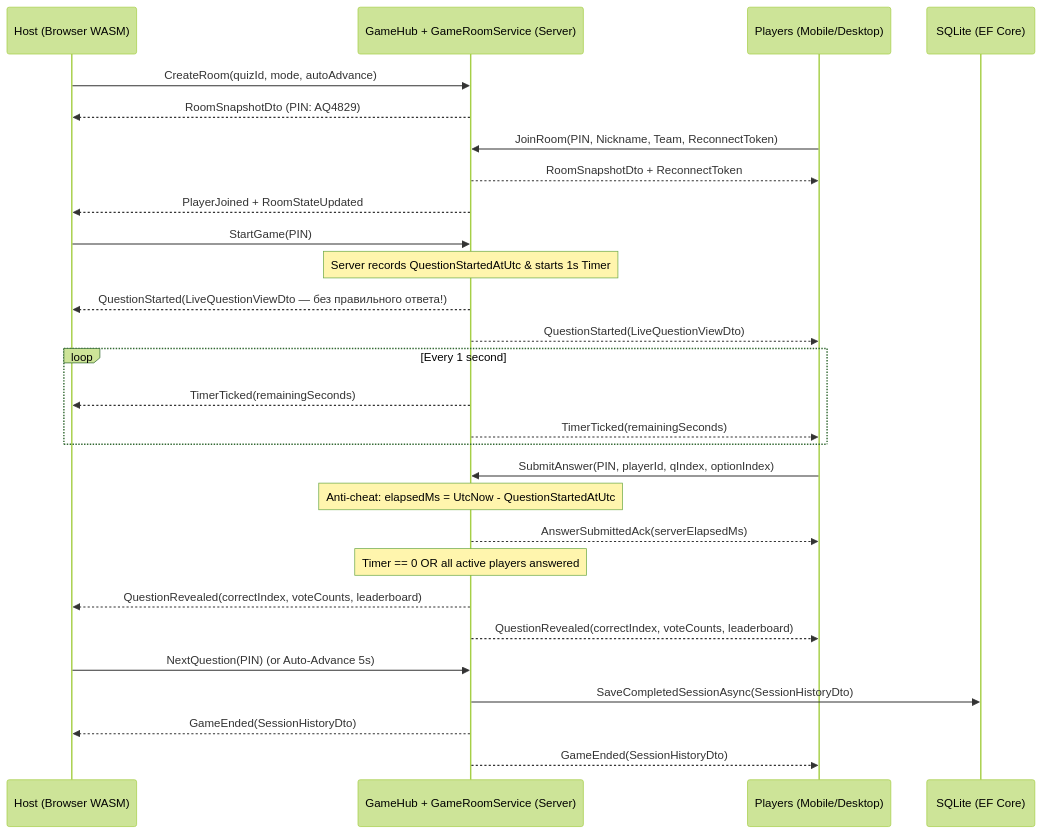
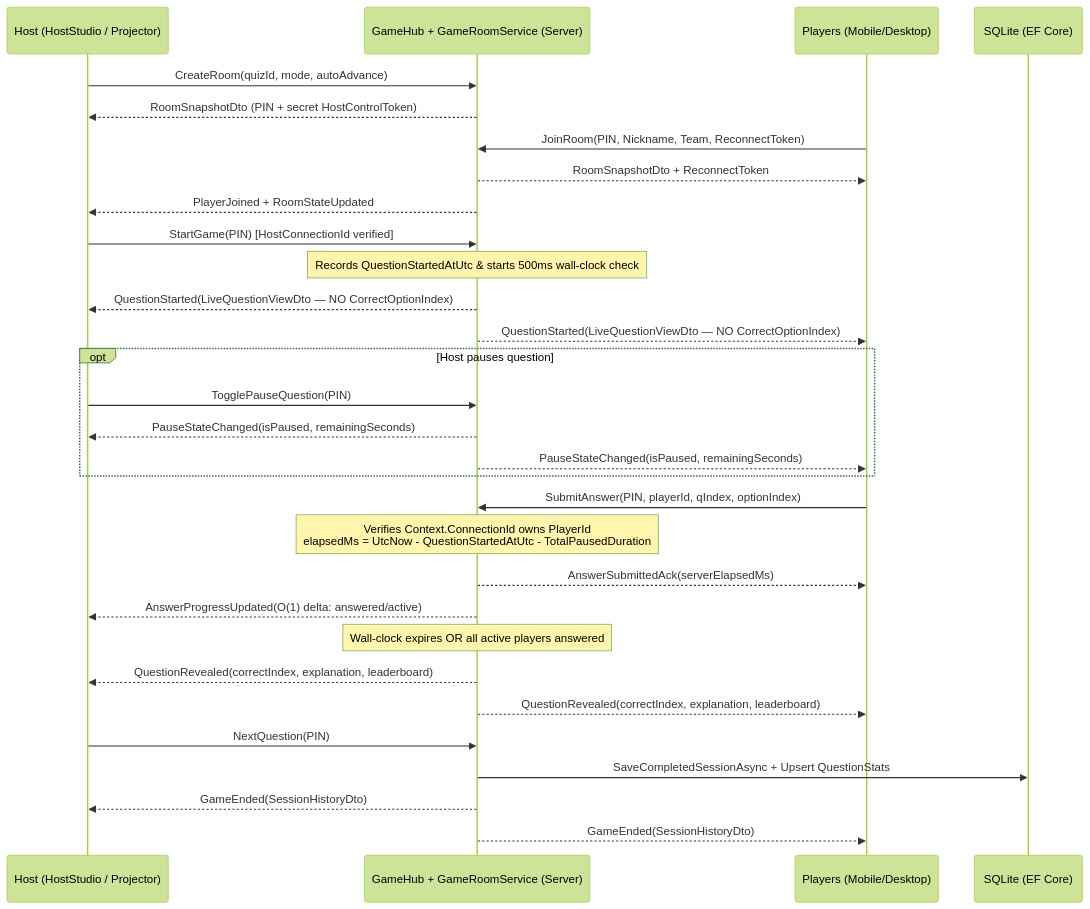
The second of 3 diagrams in README.md (tamerlanaitpayev1-netizen/IFP-FINAL), drawn with Mermaid (forest theme) before and after one commit. The commit also changed other lines of this file and 5 other files, not shown here.

````diff
--- a/README.md
+++ b/README.md
@@ -58,36 +62,38 @@
 ```mermaid
 sequenceDiagram
-    participant Host as Host (Browser WASM)
+    participant Host as Host (HostStudio / Projector)
     participant Hub as GameHub + GameRoomService (Server)
     participant Player as Players (Mobile/Desktop)
     participant DB as SQLite (EF Core)
 
     Host->>Hub: CreateRoom(quizId, mode, autoAdvance)
-    Hub-->>Host: RoomSnapshotDto (PIN: AQ4829)
+    Hub-->>Host: RoomSnapshotDto (PIN + secret HostControlToken)
     Player->>Hub: JoinRoom(PIN, Nickname, Team, ReconnectToken)
     Hub-->>Player: RoomSnapshotDto + ReconnectToken
     Hub-->>Host: PlayerJoined + RoomStateUpdated
 
-    Host->>Hub: StartGame(PIN)
-    Note over Hub: Server records QuestionStartedAtUtc & starts 1s Timer
-    Hub-->>Host: QuestionStarted(LiveQuestionViewDto — без правильного ответа!)
-    Hub-->>Player: QuestionStarted(LiveQuestionViewDto)
+    Host->>Hub: StartGame(PIN) [HostConnectionId verified]
+    Note over Hub: Records QuestionStartedAtUtc & starts 500ms wall-clock check
+    Hub-->>Host: QuestionStarted(LiveQuestionViewDto — NO CorrectOptionIndex)
+    Hub-->>Player: QuestionStarted(LiveQuestionViewDto — NO CorrectOptionIndex)
 
-    loop Every 1 second
-        Hub-->>Host: TimerTicked(remainingSeconds)
-        Hub-->>Player: TimerTicked(remainingSeconds)
+    opt Host pauses question
+        Host->>Hub: TogglePauseQuestion(PIN)
+        Hub-->>Host: PauseStateChanged(isPaused, remainingSeconds)
+        Hub-->>Player: PauseStateChanged(isPaused, remainingSeconds)
     end
 
     Player->>Hub: SubmitAnswer(PIN, playerId, qIndex, optionIndex)
-    Note over Hub: Anti-cheat: elapsedMs = UtcNow - QuestionStartedAtUtc
+    Note over Hub: Verifies Context.ConnectionId owns PlayerId<br/>elapsedMs = UtcNow - QuestionStartedAtUtc - TotalPausedDuration
     Hub-->>Player: AnswerSubmittedAck(serverElapsedMs)
+    Hub-->>Host: AnswerProgressUpdated(O(1) delta: answered/active)
 
-    Note over Hub: Timer == 0 OR all active players answered
-    Hub-->>Host: QuestionRevealed(correctIndex, voteCounts, leaderboard)
-    Hub-->>Player: QuestionRevealed(correctIndex, voteCounts, leaderboard)
+    Note over Hub: Wall-clock expires OR all active players answered
+    Hub-->>Host: QuestionRevealed(correctIndex, explanation, leaderboard)
+    Hub-->>Player: QuestionRevealed(correctIndex, explanation, leaderboard)
 
-    Host->>Hub: NextQuestion(PIN) (or Auto-Advance 5s)
-    Hub->>DB: SaveCompletedSessionAsync(SessionHistoryDto)
+    Host->>Hub: NextQuestion(PIN)
+    Hub->>DB: SaveCompletedSessionAsync + Upsert QuestionStats
     Hub-->>Host: GameEnded(SessionHistoryDto)
     Hub-->>Player: GameEnded(SessionHistoryDto)
 ```
````
